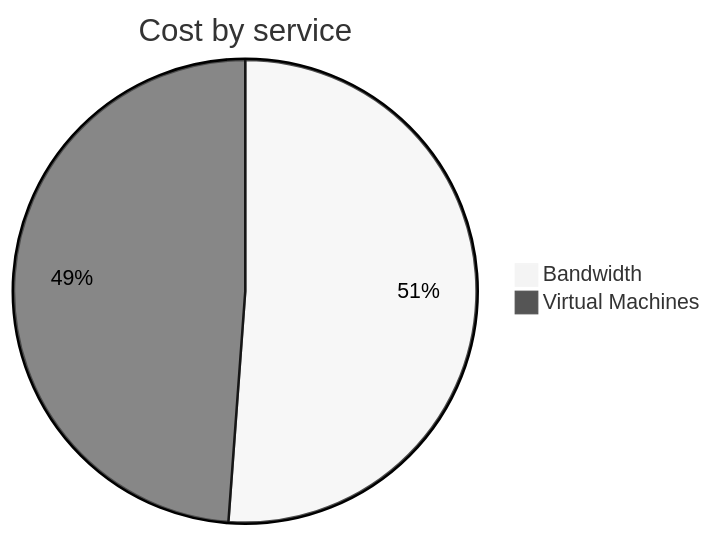
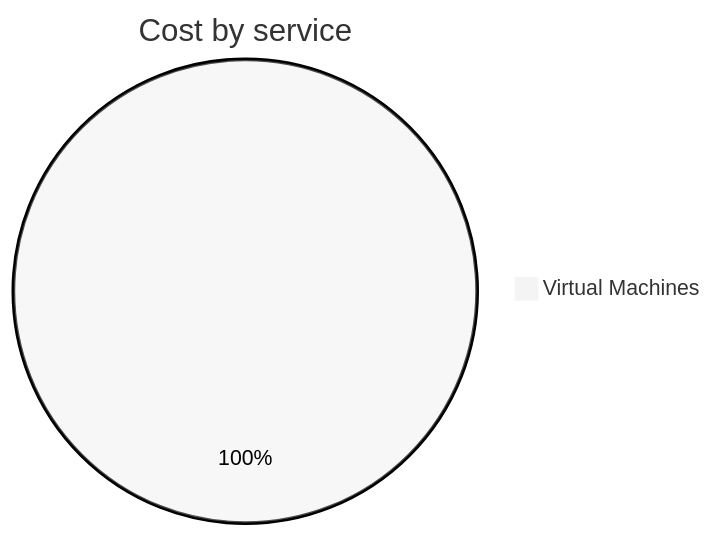
One commit to jpfulton/azure-personal-reports changed the second of 4 diagrams in cost-reports/personal-network/vpn-server.md. Above: the diagram before and after it, drawn with Mermaid (neutral theme). The commit also changed other lines of this file and 8 other files, not shown here.

````diff
--- a/cost-reports/personal-network/vpn-server.md
+++ b/cost-reports/personal-network/vpn-server.md
@@ -94,6 +95,5 @@
 ```mermaid
 pie
    title Cost by service
-   "Bandwidth" : 5.73
-   "Virtual Machines" : 5.47
+   "Virtual Machines" : 0.05
 ```
````
